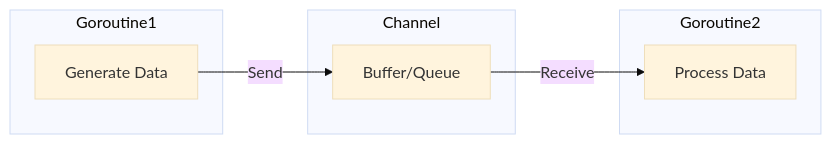
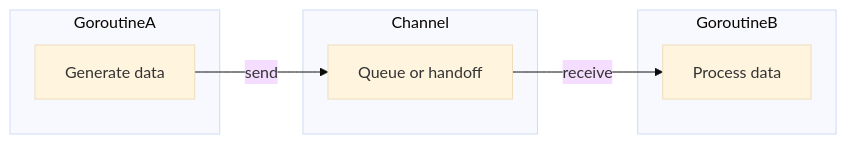
Before and after one commit to syahputrawork98-sketch/Golang-Knowledge-Base: the diagram in RAK-04-core-mechanics/SR-01-design-philosophy/BK-04-concurrency-philosophy/CH-01_ShareByCommunicating/README.md, drawn with Mermaid (base theme). The commit also changed other lines of this file and 19 other files, not shown here.

Commit message:
add : SR-02-architecture-patterns

````diff
--- a/RAK-04-core-mechanics/SR-01-design-philosophy/BK-04-concurrency-philosophy/CH-01_ShareByCommunicating/README.md
+++ b/RAK-04-core-mechanics/SR-01-design-philosophy/BK-04-concurrency-philosophy/CH-01_ShareByCommunicating/README.md
@@ -28,15 +35,14 @@
 ```mermaid
 graph LR
-
-    subgraph Goroutine1
-        A[Generate Data]
+    subgraph GoroutineA
+        A[Generate data]
     end
     subgraph Channel
-        C[Buffer/Queue]
+        C[Queue or handoff]
     end
-    subgraph Goroutine2
-        B[Process Data]
+    subgraph GoroutineB
+        B[Process data]
     end
-    A -->|Send| C
-    C -->|Receive| B
+    A -->|send| C
+    C -->|receive| B
 ```
````
